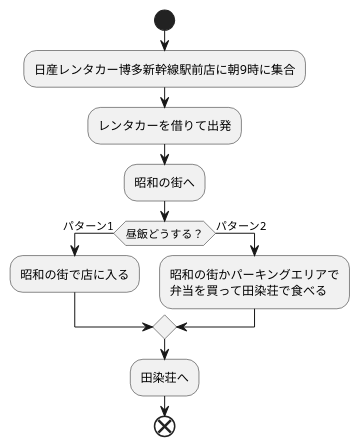
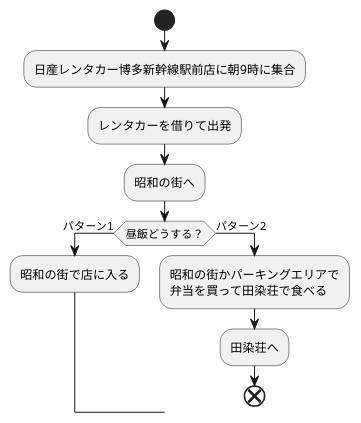
Before and after one commit to Aso2001369/2021sys-design: the diagram in trip.md, drawn with PlantUML.

````diff
--- a/trip.md
+++ b/trip.md
@@ -1,18 +1,17 @@
 ```uml
 @startuml
 start
 
 :日産レンタカー博多新幹線駅前店に朝9時に集合;
 :レンタカーを借りて出発;
 :昭和の街へ;
 if(昼飯どうする？)then(パターン1)
 :昭和の街で店に入る;
 else(パターン2)
 :昭和の街かパーキングエリアで
 弁当を買って田染荘で食べる;
-endif
 :田染荘へ;
 
 end
 @enduml
 ```
````
